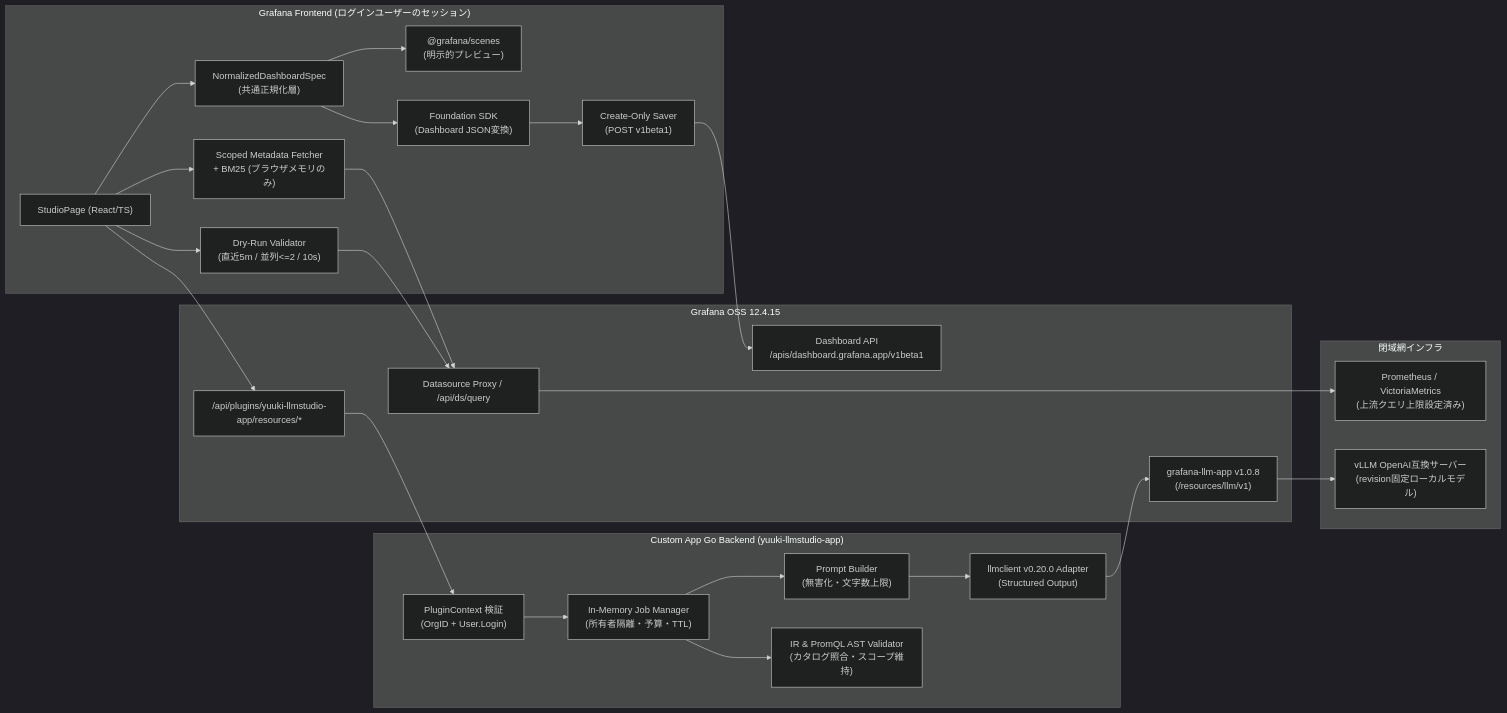
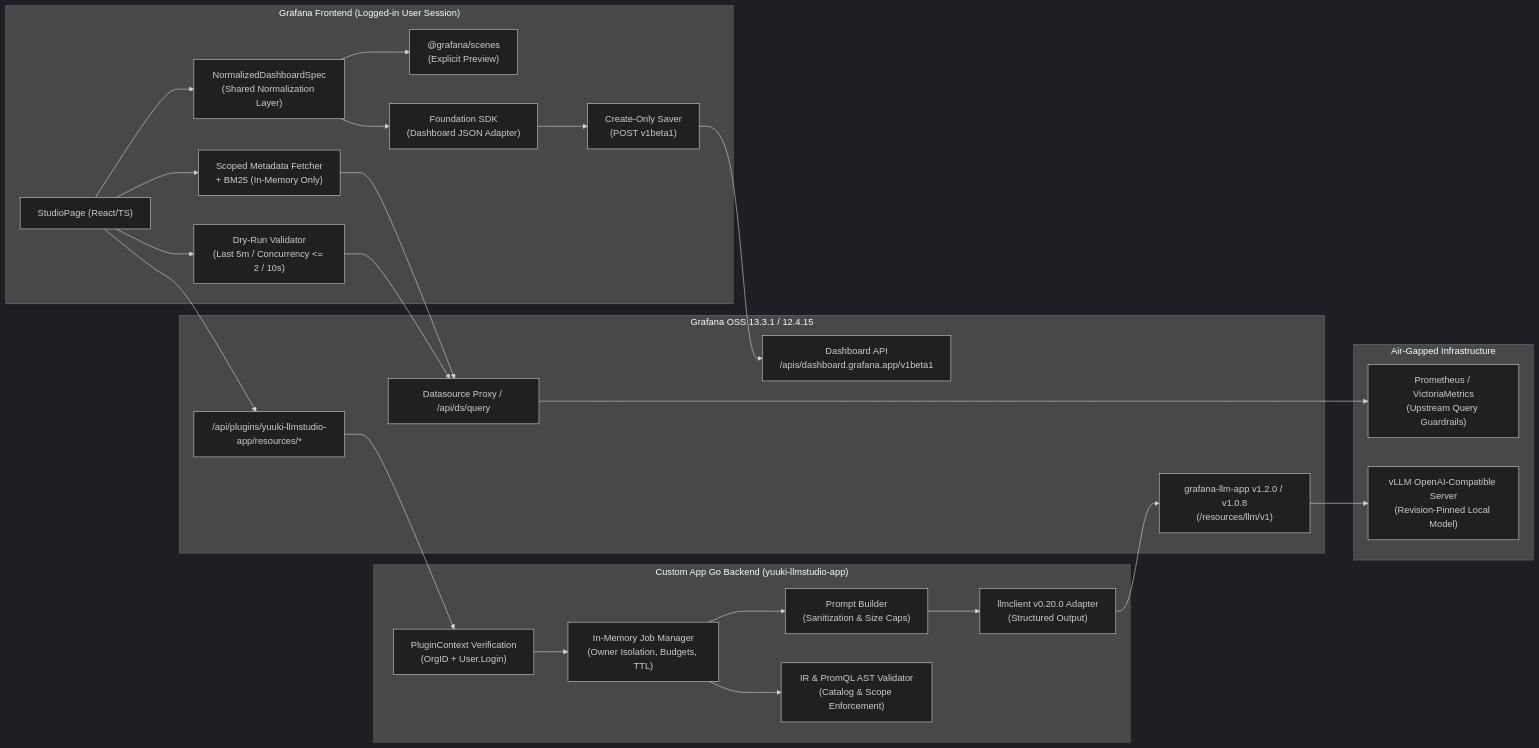
The first of 2 diagrams in docs/architecture.md (yuuki/grafana-llm-studio-app), drawn with Mermaid (dark theme) before and after one commit. The commit also changed other lines of this file and 7 other files, not shown here.

````diff
--- a/docs/architecture.md
+++ b/docs/architecture.md
@@ -5,41 +5,41 @@
 ```mermaid
 flowchart LR
-  subgraph Browser["Grafana Frontend (ログインユーザーのセッション)"]
+  subgraph Browser["Grafana Frontend (Logged-in User Session)"]
     UI["StudioPage (React/TS)"]
-    Meta["Scoped Metadata Fetcher\n+ BM25 (ブラウザメモリのみ)"]
-    Val["Dry-Run Validator\n(直近5m / 並列<=2 / 10s)"]
-    Norm["NormalizedDashboardSpec\n(共通正規化層)"]
-    Scenes["@grafana/scenes\n(明示的プレビュー)"]
-    Found["Foundation SDK\n(Dashboard JSON変換)"]
+    Meta["Scoped Metadata Fetcher\n+ BM25 (In-Memory Only)"]
+    Val["Dry-Run Validator\n(Last 5m / Concurrency <= 2 / 10s)"]
+    Norm["NormalizedDashboardSpec\n(Shared Normalization Layer)"]
+    Scenes["@grafana/scenes\n(Explicit Preview)"]
+    Found["Foundation SDK\n(Dashboard JSON Adapter)"]
     Saver["Create-Only Saver\n(POST v1beta1)"]
   end
 
-  subgraph Grafana["Grafana OSS 12.4.15"]
+  subgraph Grafana["Grafana OSS 13.3.1 / 12.4.15"]
     AppAPI["/api/plugins/yuuki-llmstudio-app/resources/*"]
-    LLMApp["grafana-llm-app v1.0.8\n(/resources/llm/v1)"]
+    LLMApp["grafana-llm-app v1.2.0 / v1.0.8\n(/resources/llm/v1)"]
     DSProxy["Datasource Proxy / /api/ds/query"]
     DashAPI["Dashboard API\n/apis/dashboard.grafana.app/v1beta1"]
   end
 
   subgraph Backend["Custom App Go Backend (yuuki-llmstudio-app)"]
-    Auth["PluginContext 検証\n(OrgID + User.Login)"]
-    Jobs["In-Memory Job Manager\n(所有者隔離・予算・TTL)"]
-    Prompt["Prompt Builder\n(無害化・文字数上限)"]
-    IRVal["IR & PromQL AST Validator\n(カタログ照合・スコープ維持)"]
+    Auth["PluginContext Verification\n(OrgID + User.Login)"]
+    Jobs["In-Memory Job Manager\n(Owner Isolation, Budgets, TTL)"]
+    Prompt["Prompt Builder\n(Sanitization & Size Caps)"]
+    IRVal["IR & PromQL AST Validator\n(Catalog & Scope Enforcement)"]
     LLMCli["llmclient v0.20.0 Adapter\n(Structured Output)"]
   end
 
-  subgraph Infra["閉域網インフラ"]
-    Prom["Prometheus / VictoriaMetrics\n(上流クエリ上限設定済み)"]
-    VLLM["vLLM OpenAI互換サーバー\n(revision固定ローカルモデル)"]
+  subgraph Infra["Air-Gapped Infrastructure"]
+    Prom["Prometheus / VictoriaMetrics\n(Upstream Query Guardrails)"]
+    VLLM["vLLM OpenAI-Compatible Server\n(Revision-Pinned Local Model)"]
   end
 
   UI --> Meta --> DSProxy --> Prom
   UI --> AppAPI --> Auth --> Jobs
   Jobs --> Prompt --> LLMCli --> LLMApp --> VLLM
   Jobs --> IRVal
   UI --> Val --> DSProxy
   UI --> Norm
   Norm --> Scenes
   Norm --> Found --> Saver --> DashAPI
 ```
````
